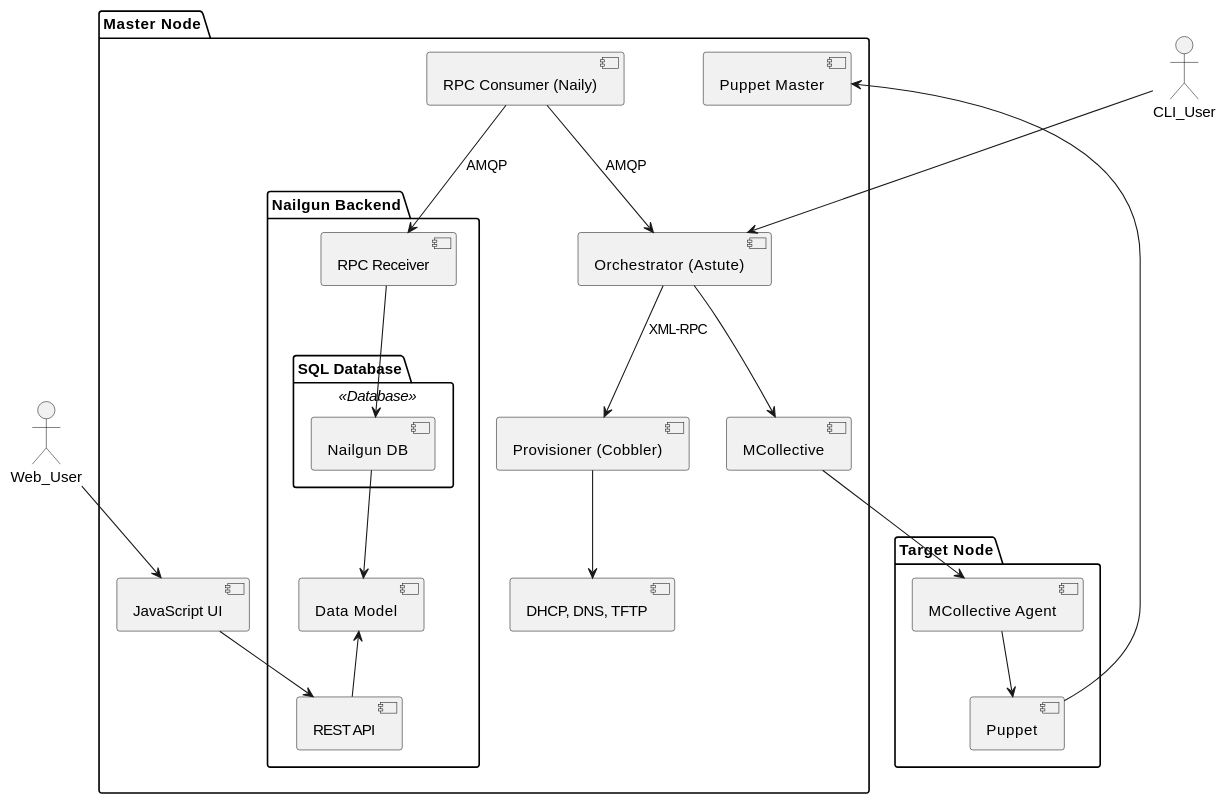
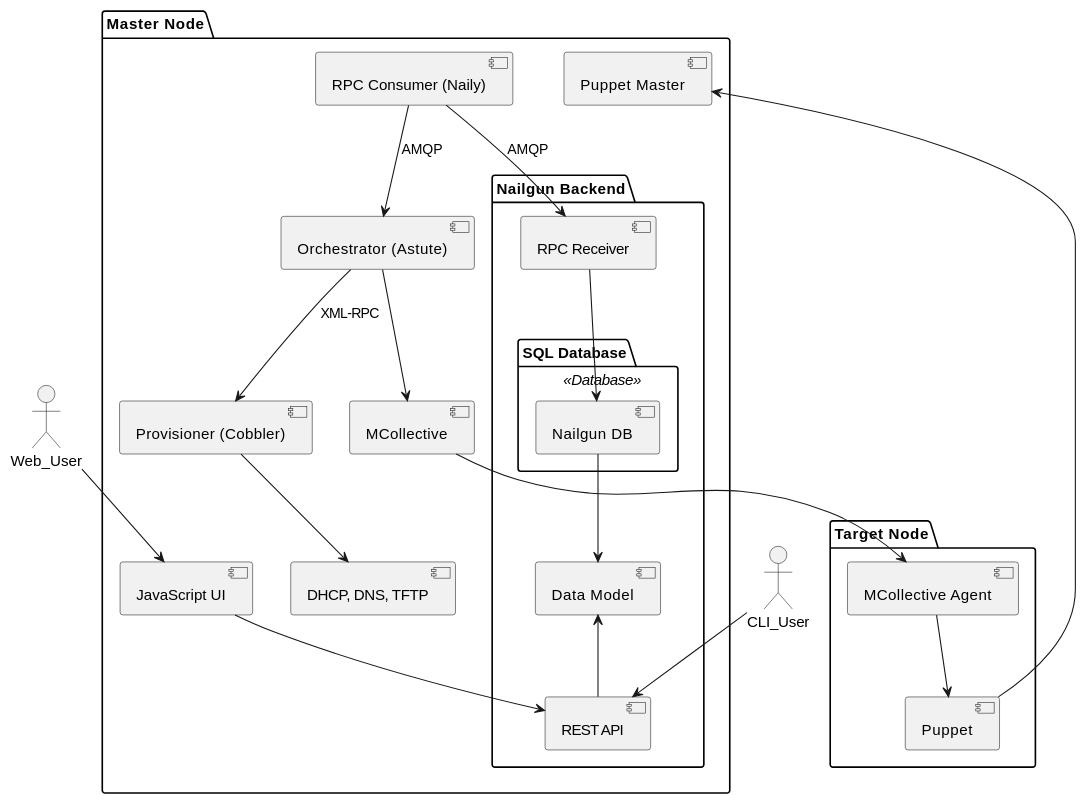
Before and after one commit to openstack-archive/fuel-main: the diagram in docs/develop/logical_arch.rst, drawn with PlantUML. The commit also changed 1 other file, not shown here.

Commit message:
Updated logical arch and bumped devdocs to 3.2

```diff
--- a/docs/develop/logical_arch.rst
+++ b/docs/develop/logical_arch.rst
@@ -50,31 +50,31 @@
  .. uml::
     package "Master Node" {
         [JavaScript UI]
         package "Nailgun Backend" {
             package "SQL Database" <<Database>> {
                 [Nailgun DB]
             }
             [Nailgun DB] --> [Data Model]
             [Data Model] <-- [REST API]
             [RPC Receiver] --> [Nailgun DB]
         }
         [Provisioner (Cobbler)] --> [DHCP, DNS, TFTP]
         [RPC Consumer (Naily)] --> [RPC Receiver] : AMQP
         [RPC Consumer (Naily)] --> [Orchestrator (Astute)] : AMQP
         [Orchestrator (Astute)] --> [MCollective]
         [Puppet Master]
     }
     package "Target Node" {
         [MCollective Agent] --> [Puppet]
     }
     actor Web_User
     actor CLI_User
     Web_User --> [JavaScript UI]
-    CLI_User --> [Orchestrator (Astute)]
+    CLI_User --> [REST API]
 
     [JavaScript UI] --> [REST API]
 
     [Orchestrator (Astute)] --> [Provisioner (Cobbler)] : XML-RPC
 
     [MCollective] --> [MCollective Agent]
     [Puppet] --> [Puppet Master]
```
